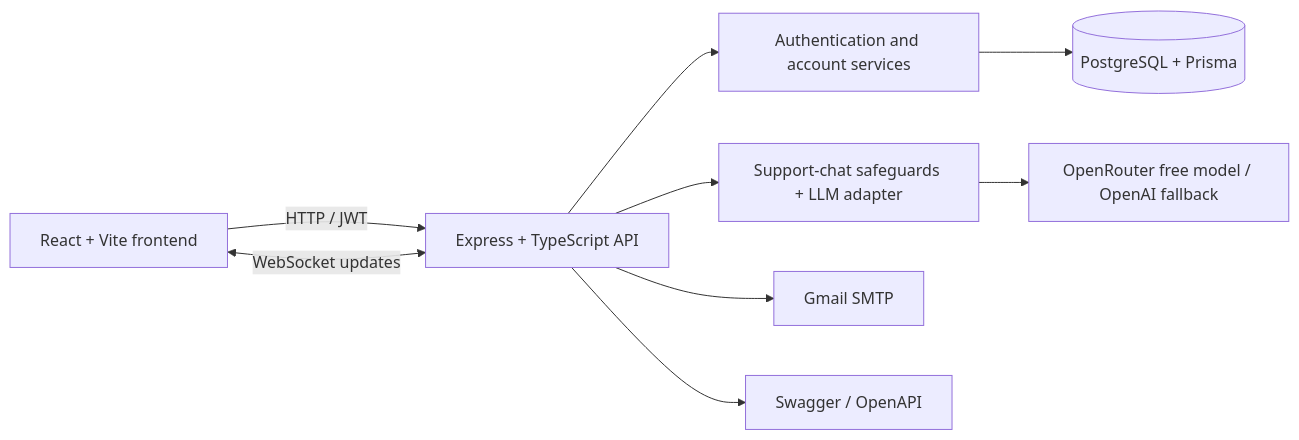
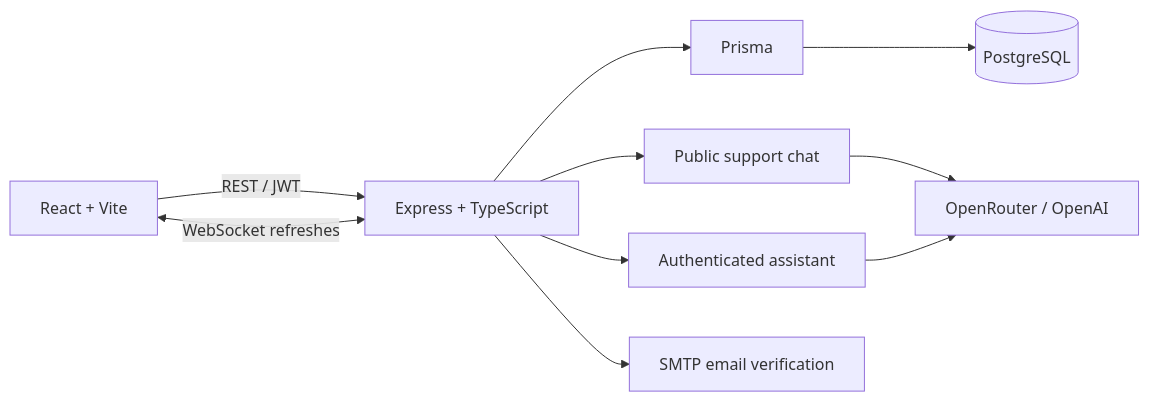
One commit to nofechbo/bank changed the diagram in README.md. Above: the diagram before and after it, drawn with Mermaid. The commit also changed other lines of this file and 4 other files, not shown here.

````diff
--- a/README.md
+++ b/README.md
@@ -28,11 +30,12 @@
 ```mermaid
 flowchart LR
-    UI[React + Vite frontend] -->|HTTP / JWT| API[Express + TypeScript API]
-    UI <-->|WebSocket updates| API
-    API --> Auth[Authentication and account services]
-    API --> Chat[Support-chat safeguards + LLM adapter]
-    Auth --> DB[(PostgreSQL + Prisma)]
-    Chat --> Router[OpenRouter free model / OpenAI fallback]
-    API --> Mail[Gmail SMTP]
-    API --> Docs[Swagger / OpenAPI]
+  Browser[React + Vite] -->|REST / JWT| API[Express + TypeScript]
+  Browser <-->|WebSocket refreshes| API
+  API --> Prisma[Prisma]
+  Prisma --> Postgres[(PostgreSQL)]
+  API --> PublicChat[Public support chat]
+  API --> Assistant[Authenticated assistant]
+  PublicChat --> LLM[OpenRouter / OpenAI]
+  Assistant --> LLM
+  API --> Mail[SMTP email verification]
 ```
````
